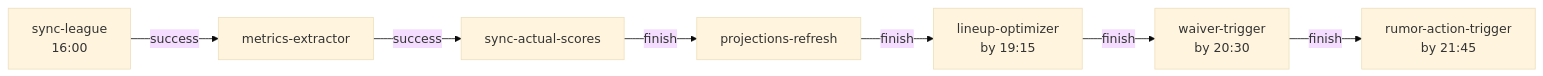
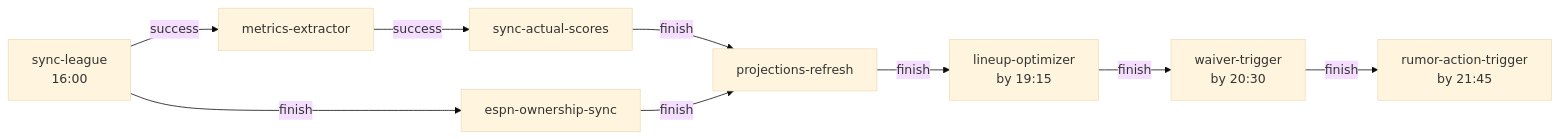
Before and after one commit to cvillarr23/fantasy-infra: the first of 2 diagrams in docs/cronjob-schedule-order.md, drawn with Mermaid (base theme). The commit also changed other lines of this file and 5 other files, not shown here.

First line of the commit message:
Schedule sync_espn_ownership daily as the espn-ownership-sync launcher job

````diff
--- a/docs/cronjob-schedule-order.md
+++ b/docs/cronjob-schedule-order.md
@@ -13,9 +13,11 @@
 ```mermaid
 flowchart LR
     A[sync-league<br/>16:00] -->|success| B[metrics-extractor]
+    A -->|finish| H[espn-ownership-sync]
     B -->|success| C[sync-actual-scores]
     C -->|finish| D[projections-refresh]
+    H -->|finish| D
     D -->|finish| E[lineup-optimizer<br/>by 19:15]
     E -->|finish| F[waiver-trigger<br/>by 20:30]
     F -->|finish| G[rumor-action-trigger<br/>by 21:45]
 ```
````
